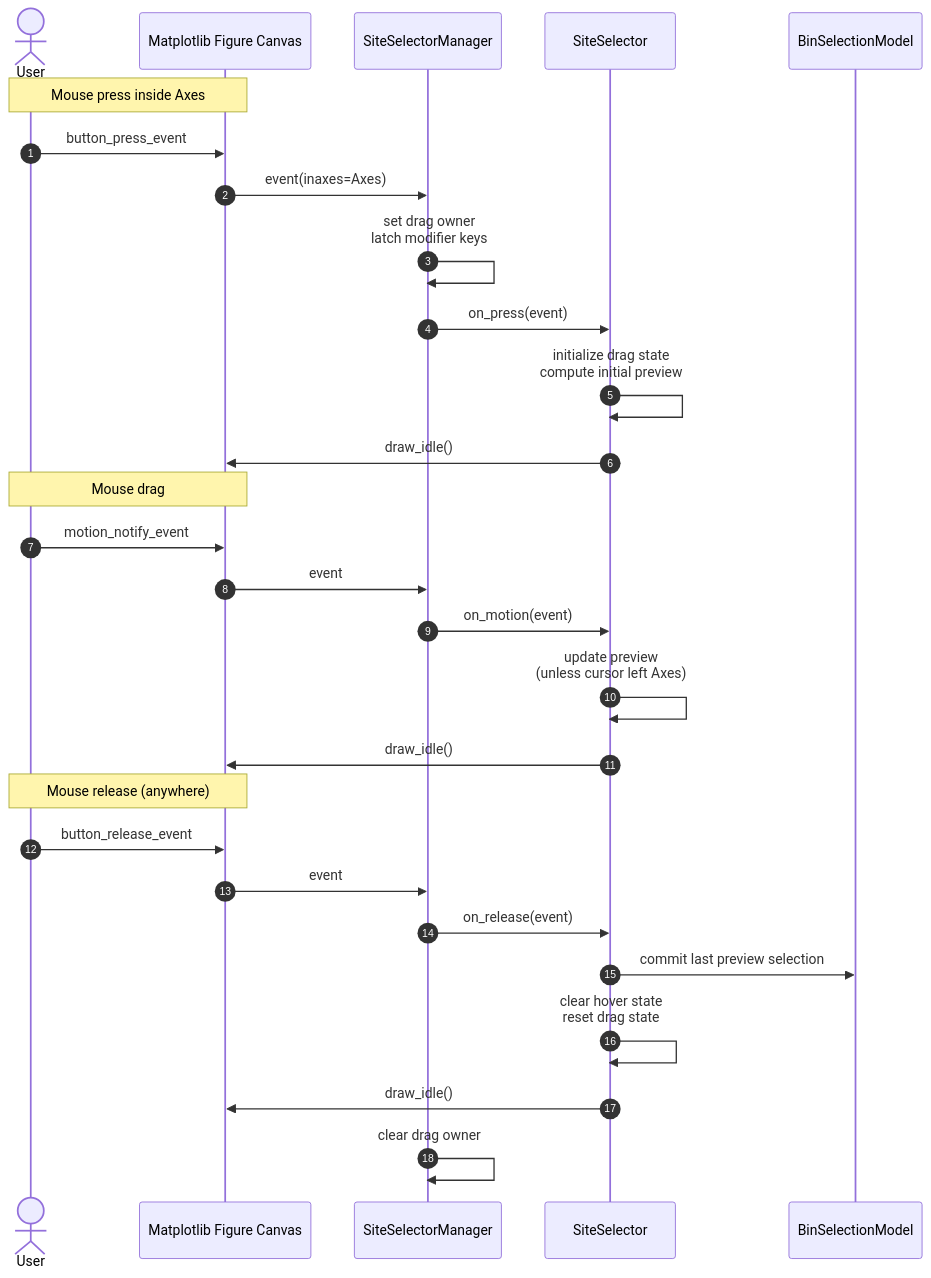
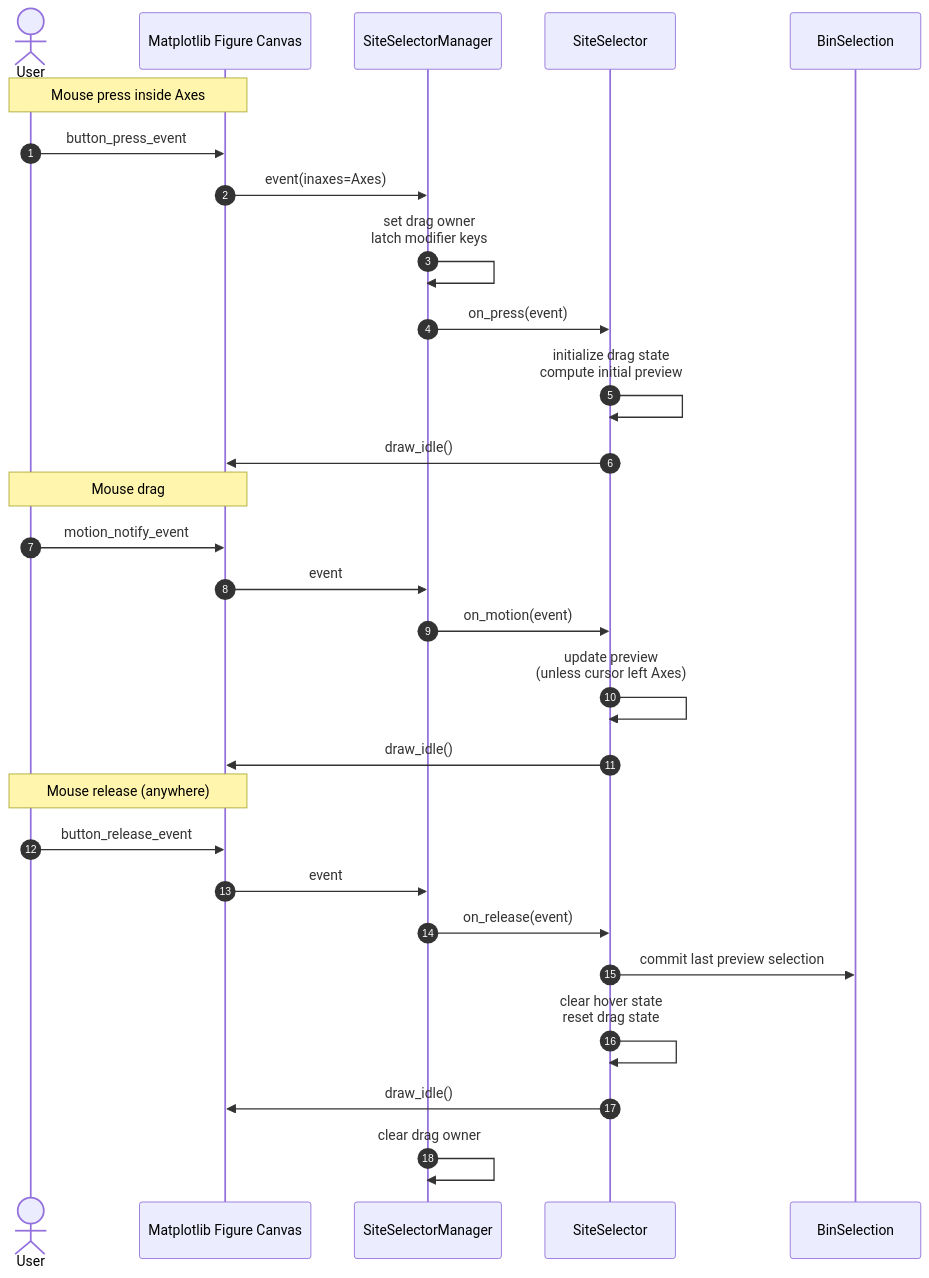
The second of 2 diagrams in python/dta/gui/README.md (BranniganLab/density_threshold_affinity), drawn with Mermaid before and after one commit. The commit also changed other lines of this file, not shown here.

Commit message:
Update README to reflect changes in BinSelection

````diff
--- a/python/dta/gui/README.md
+++ b/python/dta/gui/README.md
@@ -209,43 +209,43 @@
 ```mermaid
 %% Self-messages require a trailing <br/> to avoid label/loop overlap (Mermaid limitation)
 %%{init: {
   "sequence": {
     "messageMargin": 150,
     "rightAngles": true,
     "wrap": false,
     "messageAlign": "center"
   }
 }}%%
 sequenceDiagram
     autonumber
     actor User
     participant Canvas as Matplotlib Figure Canvas
     participant Mgr as SiteSelectorManager
     participant Sel as SiteSelector
-    participant Model as BinSelectionModel
+    participant Model as BinSelection
 
     note over User,Canvas: Mouse press inside Axes
     User->>Canvas: button_press_event
     Canvas->>Mgr: event(inaxes=Axes)
     Mgr->>Mgr: set drag owner<br/>latch modifier keys<br/> 
     Mgr->>Sel: on_press(event)
     Sel->>Sel: initialize drag state<br/>compute initial preview<br/> 
     Sel->>Canvas: draw_idle()
 
     note over User,Canvas: Mouse drag
     User->>Canvas: motion_notify_event
     Canvas->>Mgr: event
     Mgr->>Sel: on_motion(event)
     Sel->>Sel: update preview<br/>(unless cursor left Axes)<br/> 
     Sel->>Canvas: draw_idle()
 
     note over User,Canvas: Mouse release (anywhere)
     User->>Canvas: button_release_event
     Canvas->>Mgr: event
     Mgr->>Sel: on_release(event)
     Sel->>Model: commit last preview selection
     Sel->>Sel: clear hover state<br/>reset drag state<br/> 
     Sel->>Canvas: draw_idle()
     Mgr->>Mgr: clear drag owner<br/> 
 
 ```
````
